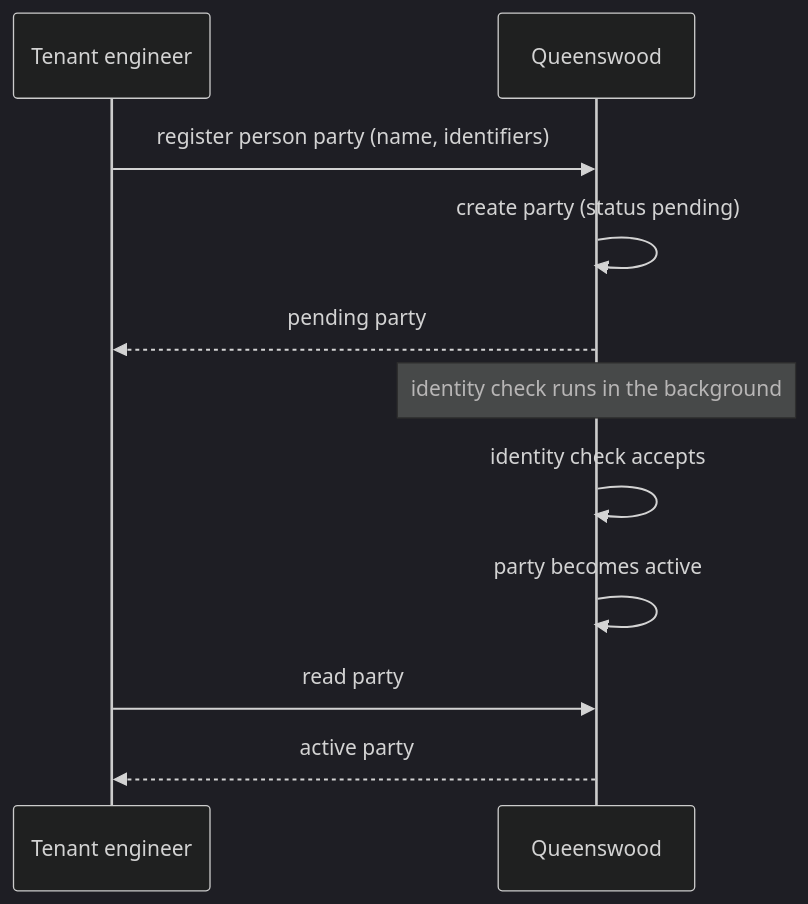
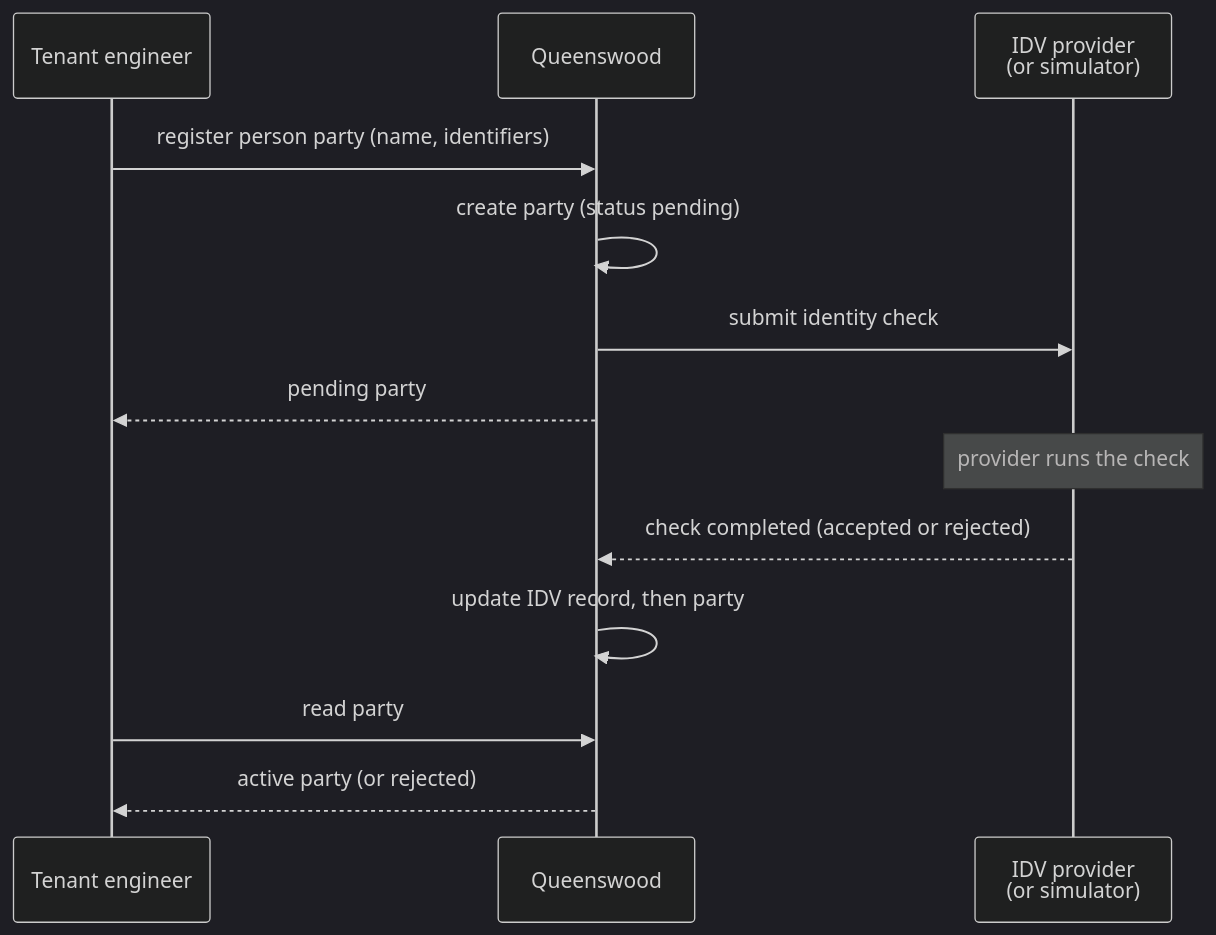
Before and after one commit to kjothen/queenswood: the first of 3 diagrams in docs/prd/parties.md, drawn with Mermaid (dark theme). The commit also changed other lines of this file and 215 other files, not shown here.

````diff
--- a/docs/prd/parties.md
+++ b/docs/prd/parties.md
@@ -163,14 +175,16 @@
 ```mermaid
 sequenceDiagram
     participant T as Tenant engineer
     participant Q as Queenswood
+    participant I as IDV provider<br/>(or simulator)
 
     T->>Q: register person party (name, identifiers)
     Q->>Q: create party (status pending)
+    Q->>I: submit identity check
     Q-->>T: pending party
-    Note over Q: identity check runs in the background
-    Q->>Q: identity check accepts
-    Q->>Q: party becomes active
+    Note over I: provider runs the check
+    I-->>Q: check completed (accepted or rejected)
+    Q->>Q: update IDV record, then party
     T->>Q: read party
-    Q-->>T: active party
+    Q-->>T: active party (or rejected)
 ```
````
